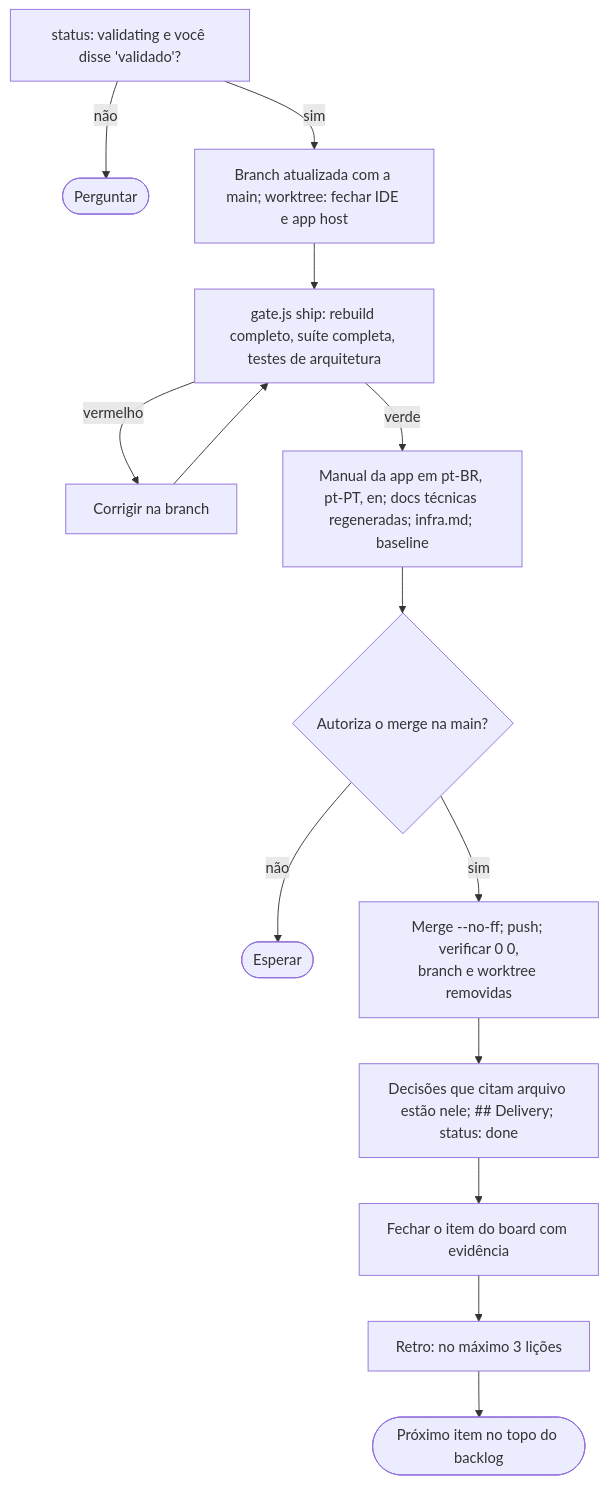
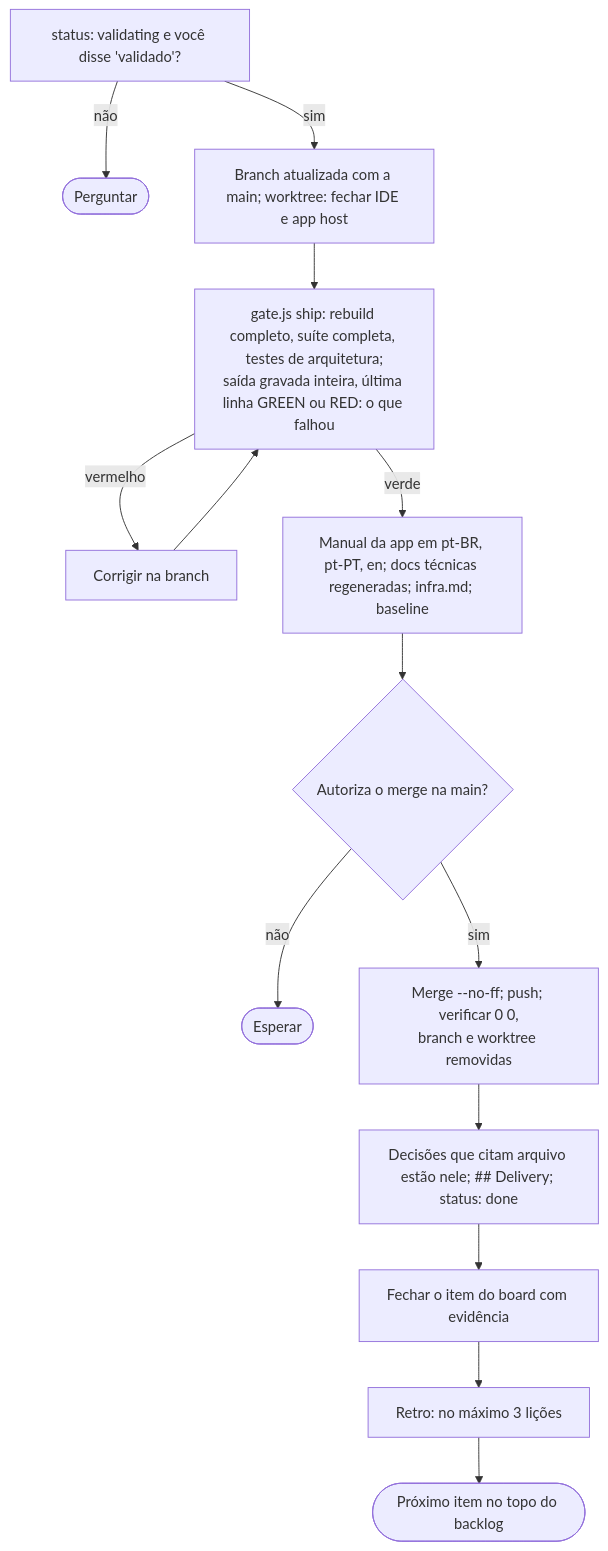
Diagram 11 of 15 in docs/agile/workflow.pt-BR.md (alexcanario/simulab), drawn with Mermaid before and after one commit. The commit also changed other lines of this file and 6 other files, not shown here.

````diff
--- a/docs/agile/workflow.pt-BR.md
+++ b/docs/agile/workflow.pt-BR.md
@@ -1020,16 +1052,16 @@
 ```mermaid
 flowchart TD
     A["status: validating e você disse 'validado'?"] -->|não| A1(["Perguntar"])
     A -->|sim| B["Branch atualizada com a main; worktree: fechar IDE e app host"]
-    B --> C["gate.js ship: rebuild completo, suíte completa, testes de arquitetura"]
+    B --> C["gate.js ship: rebuild completo, suíte completa, testes de arquitetura;<br/>saída gravada inteira, última linha GREEN ou RED: o que falhou"]
     C -->|vermelho| C1["Corrigir na branch"]
     C1 --> C
     C -->|verde| D["Manual da app em pt-BR, pt-PT, en; docs técnicas regeneradas; infra.md; baseline"]
     D --> E{"Autoriza o merge na main?"}
     E -->|não| E1(["Esperar"])
     E -->|sim| F["Merge --no-ff; push; verificar 0 0,<br/>branch e worktree removidas"]
     F --> G["Decisões que citam arquivo estão nele; ## Delivery; status: done"]
     G --> H["Fechar o item do board com evidência"]
     H --> I["Retro: no máximo 3 lições"]
     I --> J(["Próximo item no topo do backlog"])
 ```
````
